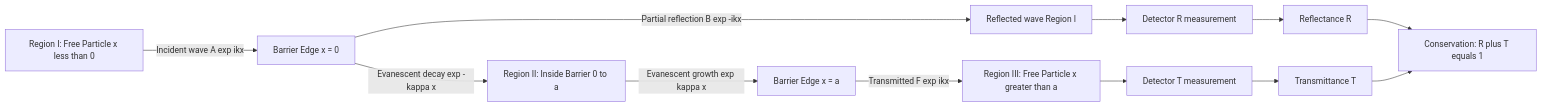
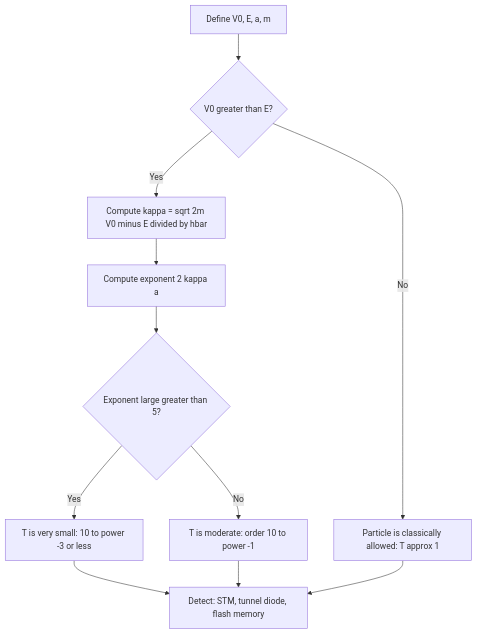
The second of 4 diagrams in public/notes/computer-science-and-engineering/semester-1/gapht121-physics-for-information-science/02-module-2-quantum-mechanics/quantum-mechanical-tunnelling-qualitative/notes.md (vishnuu-kr/ktunode), drawn with Mermaid before and after one commit. The commit also changed other lines of this file and 4829 other files, not shown here.

````diff
--- a/public/notes/computer-science-and-engineering/semester-1/gapht121-physics-for-information-science/02-module-2-quantum-mechanics/quantum-mechanical-tunnelling-qualitative/notes.md
+++ b/public/notes/computer-science-and-engineering/semester-1/gapht121-physics-for-information-science/02-module-2-quantum-mechanics/quantum-mechanical-tunnelling-qualitative/notes.md
@@ -231,14 +440,13 @@
 ```mermaid
-flowchart LR
-    A[Region I: Free Particle x less than 0] -->|Incident wave A exp ikx| B[Barrier Edge x = 0]
-    B -->|Partial reflection B exp -ikx| C[Reflected wave Region I]
-    B -->|Evanescent decay exp -kappa x| D[Region II: Inside Barrier 0 to a]
-    D -->|Evanescent growth exp kappa x| E[Barrier Edge x = a]
-    E -->|Transmitted F exp ikx| F[Region III: Free Particle x greater than a]
-    C --> G[Detector R measurement]
-    F --> H[Detector T measurement]
-    G --> I[Reflectance R]
-    H --> J[Transmittance T]
-    I --> K[Conservation: R plus T equals 1]
-    J --> K
+flowchart TD
+    A[Define V0, E, a, m] --> B{V0 greater than E?}
+    B -- No --> C[Particle is classically allowed: T approx 1]
+    B -- Yes --> D[Compute kappa = sqrt 2m V0 minus E divided by hbar]
+    D --> E[Compute exponent 2 kappa a]
+    E --> F{Exponent large greater than 5?}
+    F -- Yes --> G[T is very small: 10 to power -3 or less]
+    F -- No  --> H[T is moderate: order 10 to power -1]
+    G --> I[Detect: STM, tunnel diode, flash memory]
+    H --> I
+    C --> I
 ```
````
